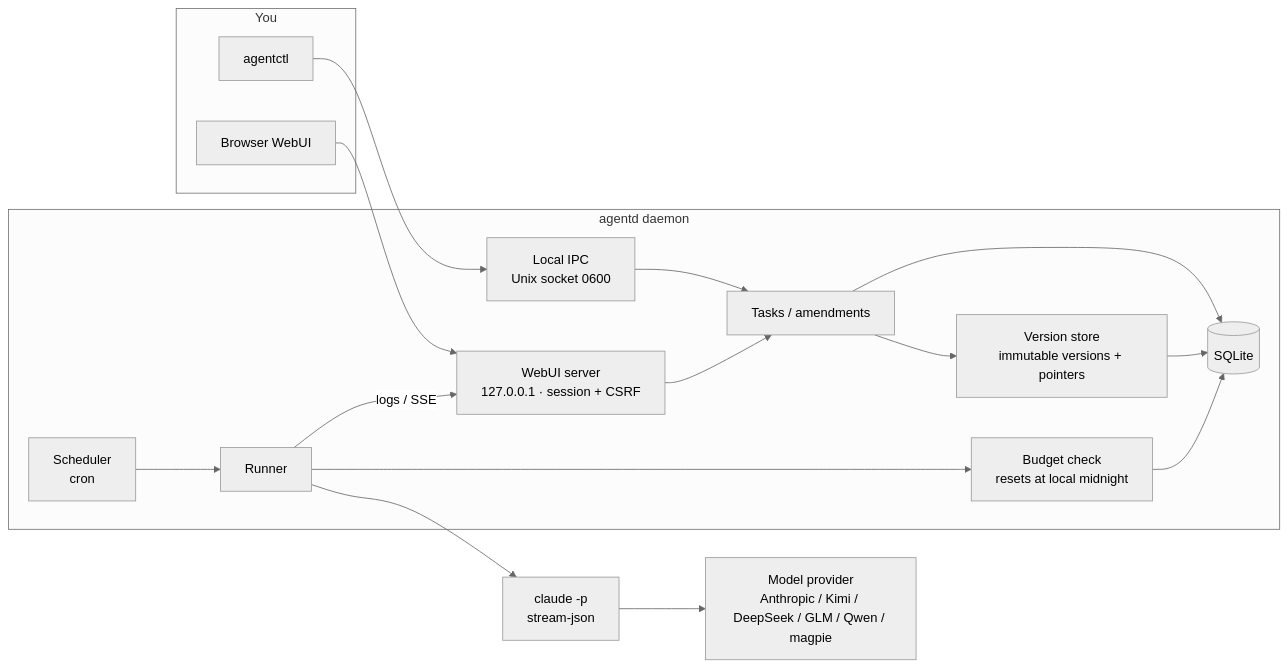
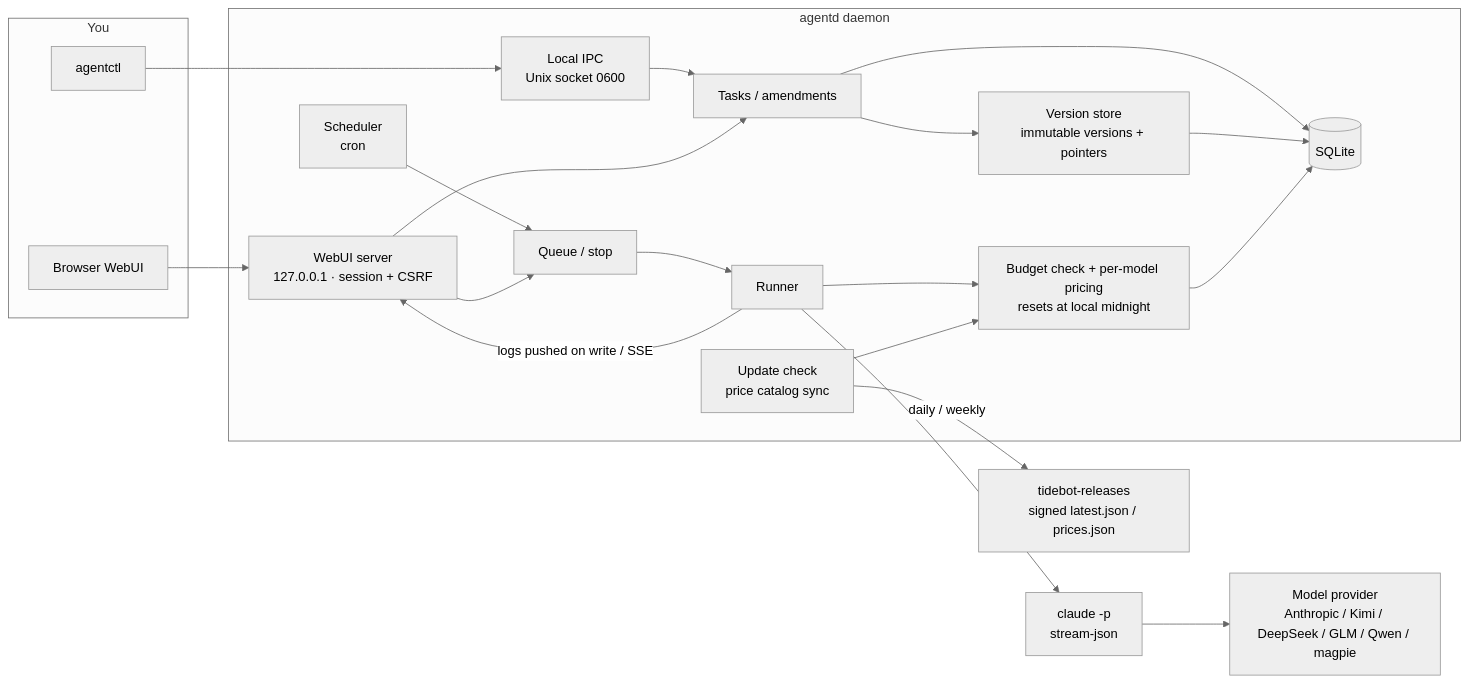
Before and after one commit to Zhengmingming1/tidebot: the diagram in README.en.md, drawn with Mermaid (neutral theme). The commit also changed other lines of this file and 25 other files, not shown here.

Commit message:
v0.1.7 发布说明；README 更新功能介绍、占用实测、安装与更新说明、架构图，按 1024×655 重拍截图

````diff
--- a/README.en.md
+++ b/README.en.md
@@ -81,33 +101,40 @@
 ```mermaid
 flowchart LR
   subgraph you[You]
     CLI[agentctl]
     Browser[Browser WebUI]
   end
   subgraph agentd[agentd daemon]
     IPC[Local IPC<br/>Unix socket 0600]
     Web[WebUI server<br/>127.0.0.1 · session + CSRF]
     Sched[Scheduler<br/>cron]
     Tasks[Tasks / amendments]
     Ver[Version store<br/>immutable versions + pointers]
-    Cost[Budget check<br/>resets at local midnight]
+    Cost[Budget check + per-model pricing<br/>resets at local midnight]
+    Queue[Queue / stop]
     Runner[Runner]
+    Upd[Update check<br/>price catalog sync]
     DB[(SQLite)]
   end
   Claude[claude -p<br/>stream-json]
   Provider[Model provider<br/>Anthropic / Kimi / DeepSeek / GLM / Qwen / magpie]
+  Rel[tidebot-releases<br/>signed latest.json / prices.json]
 
   CLI --> IPC
   Browser --> Web
   IPC --> Tasks
   Web --> Tasks
-  Sched --> Runner
+  Sched --> Queue
+  Web --> Queue
+  Queue --> Runner
   Tasks --> Ver
   Runner --> Cost
   Runner --> Claude
   Claude --> Provider
   Tasks --> DB
   Ver --> DB
   Cost --> DB
-  Runner -- logs / SSE --> Web
+  Runner -- logs pushed on write / SSE --> Web
+  Upd -- daily / weekly --> Rel
+  Upd --> Cost
 ```
````
